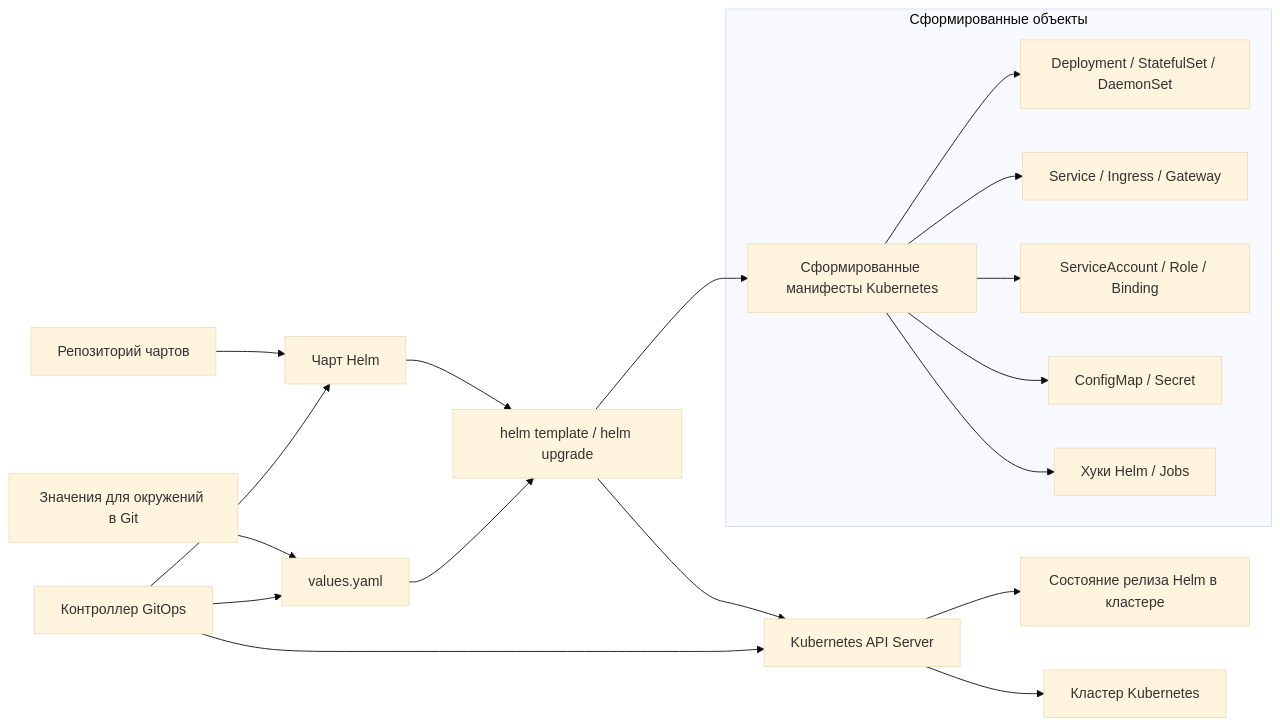
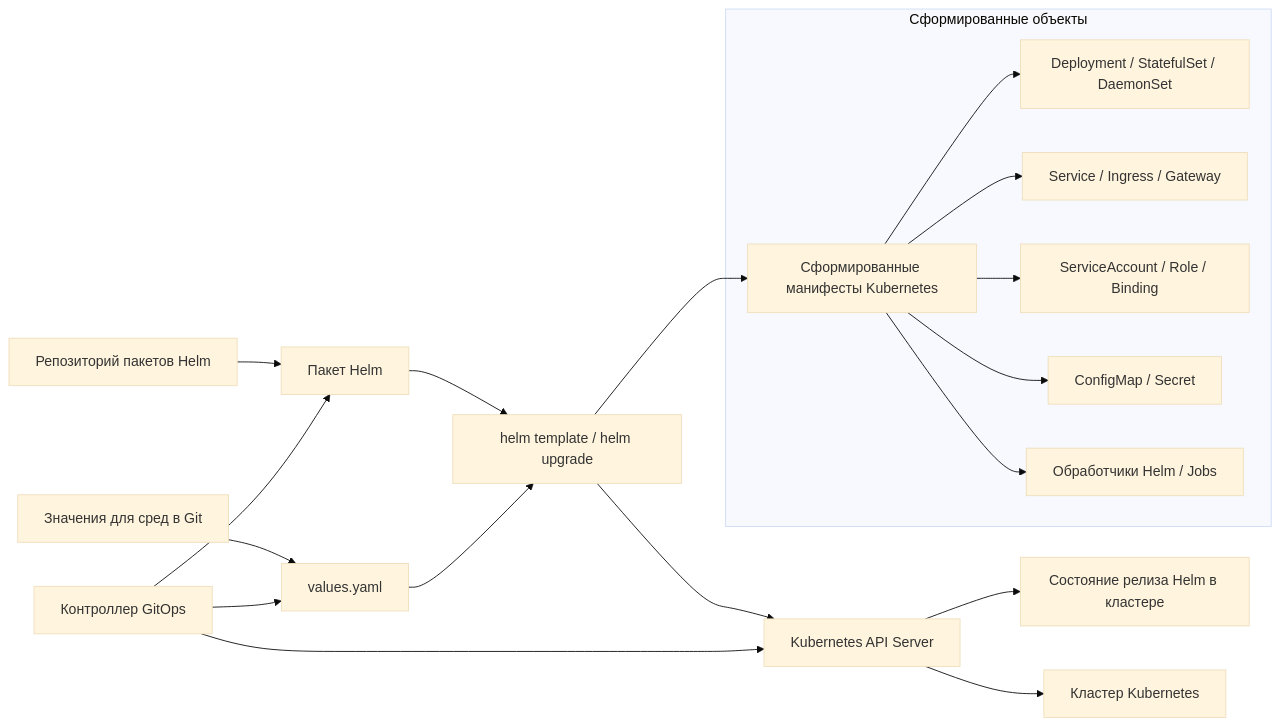
Before and after one commit to defrixx/defrixx.github.io: the fourth of 17 diagrams in reference/infrastructure-technologies/infrastructure-technologies.ru.md, drawn with Mermaid (base theme). The commit also changed other lines of this file and 149 other files, not shown here.

````diff
--- a/reference/infrastructure-technologies/infrastructure-technologies.ru.md
+++ b/reference/infrastructure-technologies/infrastructure-technologies.ru.md
@@ -247,24 +276,24 @@
 ```mermaid
 flowchart LR
-  ChartRepo["Репозиторий чартов"] --> Chart["Чарт Helm"]
-  ValuesRepo["Значения для окружений в Git"] --> Values["values.yaml"]
+  ChartRepo["Репозиторий пакетов Helm"] --> Chart["Пакет Helm"]
+  ValuesRepo["Значения для сред в Git"] --> Values["values.yaml"]
   Chart --> Render["helm template / helm upgrade"]
   Values --> Render
   Render --> Manifests["Сформированные манифесты Kubernetes"]
 
   subgraph Objects["Сформированные объекты"]
     Manifests --> Deploy["Deployment / StatefulSet / DaemonSet"]
     Manifests --> Service["Service / Ingress / Gateway"]
     Manifests --> RBAC["ServiceAccount / Role / Binding"]
     Manifests --> Config["ConfigMap / Secret"]
-    Manifests --> Hooks["Хуки Helm / Jobs"]
+    Manifests --> Hooks["Обработчики Helm / Jobs"]
   end
 
   Render --> API["Kubernetes API Server"]
   API --> Release["Состояние релиза Helm в кластере"]
   API --> Cluster["Кластер Kubernetes"]
 
   GitOps["Контроллер GitOps"] --> Chart
   GitOps --> Values
   GitOps --> API
 ```
````
